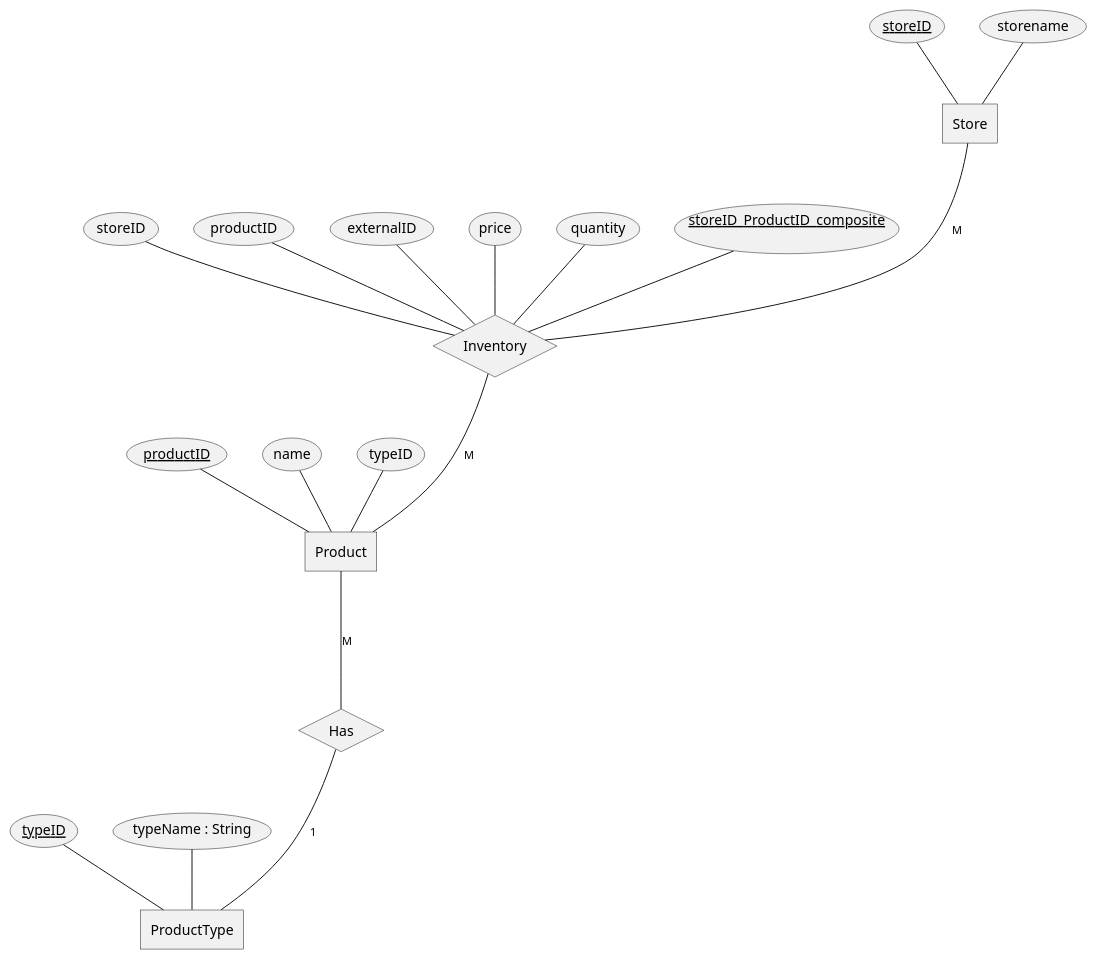
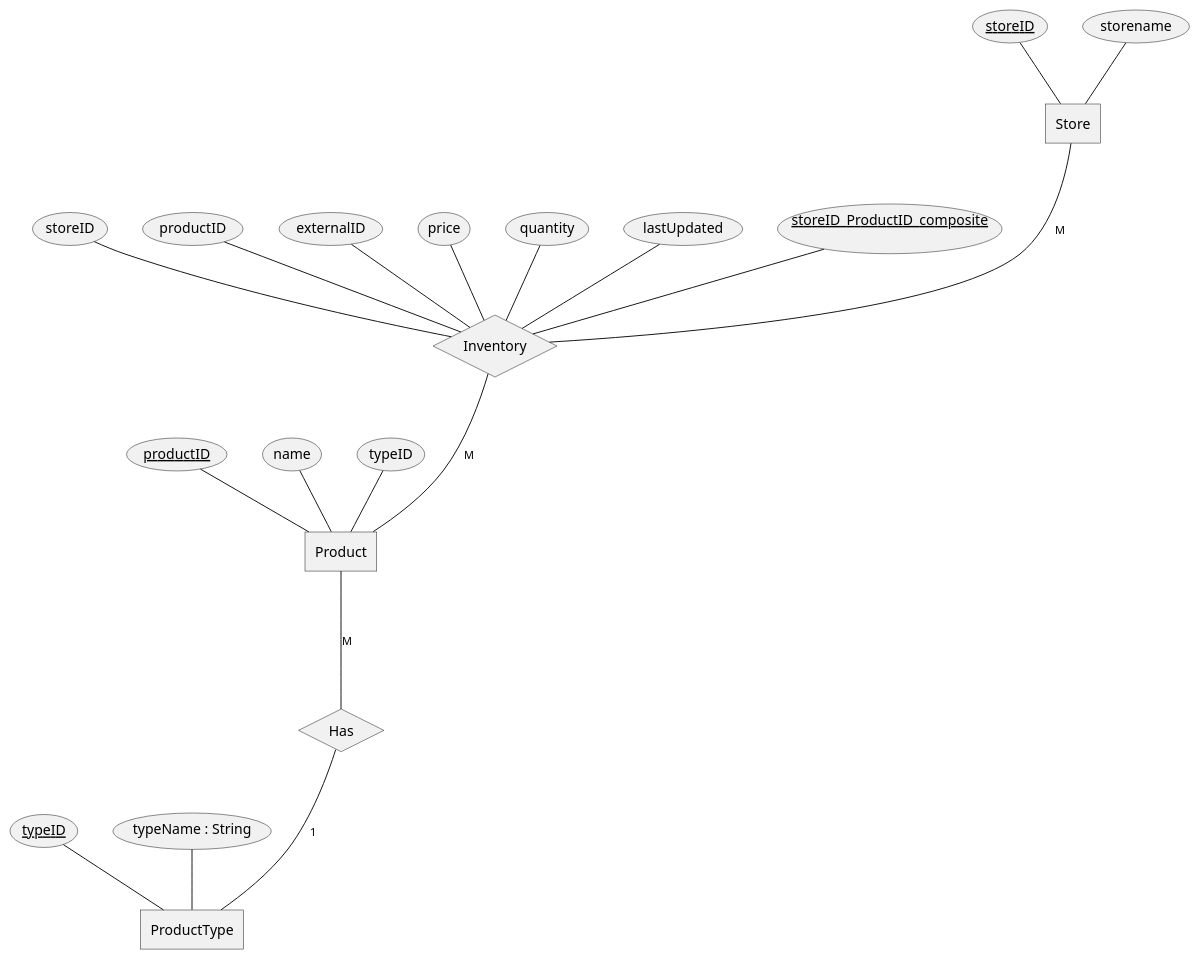
The diagram in Diagrams/ER_Diagram.plantuml (kigu25/Drop-Alert), drawn with PlantUML before and after one commit. The commit also changed 2 other files, not shown here.

Commit message:
Added a lastUpdated to the DB

```diff
--- a/Diagrams/ER_Diagram.plantuml
+++ b/Diagrams/ER_Diagram.plantuml
@@ -1,38 +1,39 @@
 @startchen E/R Diagram For Workout Tracker
 top to bottom direction
 
 entity Store{
     storeID <<key>>
     storename
 }
 
 entity Product{
     productID <<key>>
     name
     typeID
 }
 
 entity ProductType{ 
     typeID <<key>>
     typeName : String
 }
 
 relationship Inventory{
     storeID
     productID
     externalID
     price
     quantity
+    lastUpdated
     storeID_ProductID_composite <<key>>
 }
 
 relationship Has {
 }
 
 Store -M- Inventory
 Inventory -M- Product
 Product -M- Has
 Has -1- ProductType
 
 
 @endchen
```
